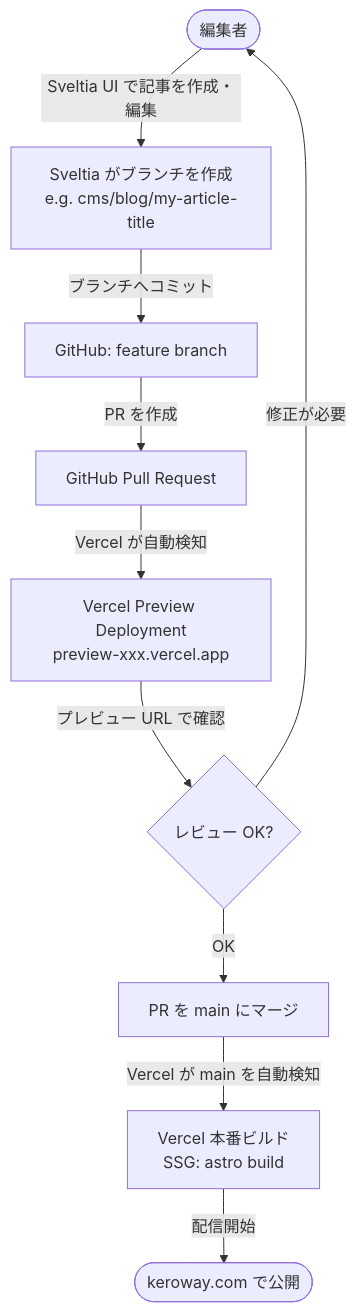
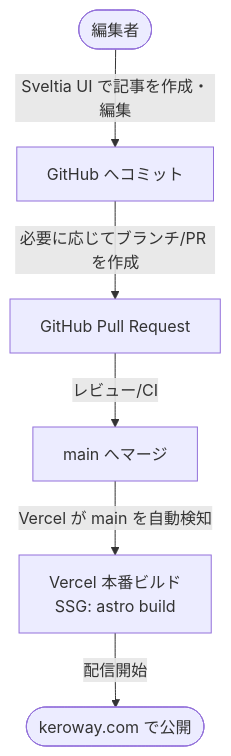
Before and after one commit to keroway/astro-blog: the first of 2 diagrams in docs/cms-flow.md, drawn with Mermaid. The commit also changed other lines of this file and 4 other files, not shown here.

Commit message:
Sveltia CMS の認証前 console 警告を解消

````diff
--- a/docs/cms-flow.md
+++ b/docs/cms-flow.md
@@ -19,12 +19,8 @@
 ```mermaid
 flowchart TD
-    A([編集者]) -->|Sveltia UI で記事を作成・編集| B[Sveltia がブランチを作成\ne.g. cms/blog/my-article-title]
-    B -->|ブランチへコミット| C[GitHub: feature branch]
-    C -->|PR を作成| D[GitHub Pull Request]
-    D -->|Vercel が自動検知| E[Vercel Preview Deployment\npreview-xxx.vercel.app]
-    E -->|プレビュー URL で確認| F{レビュー OK?}
-    F -->|修正が必要| A
-    F -->|OK| G[PR を main にマージ]
-    G -->|Vercel が main を自動検知| H[Vercel 本番ビルド\nSSG: astro build]
-    H -->|配信開始| I([keroway.com で公開])
+    A([編集者]) -->|Sveltia UI で記事を作成・編集| B[GitHub へコミット]
+    B -->|必要に応じてブランチ/PR を作成| C[GitHub Pull Request]
+    C -->|レビュー/CI| D[main へマージ]
+    D -->|Vercel が main を自動検知| E[Vercel 本番ビルド\nSSG: astro build]
+    E -->|配信開始| F([keroway.com で公開])
 ```
````
